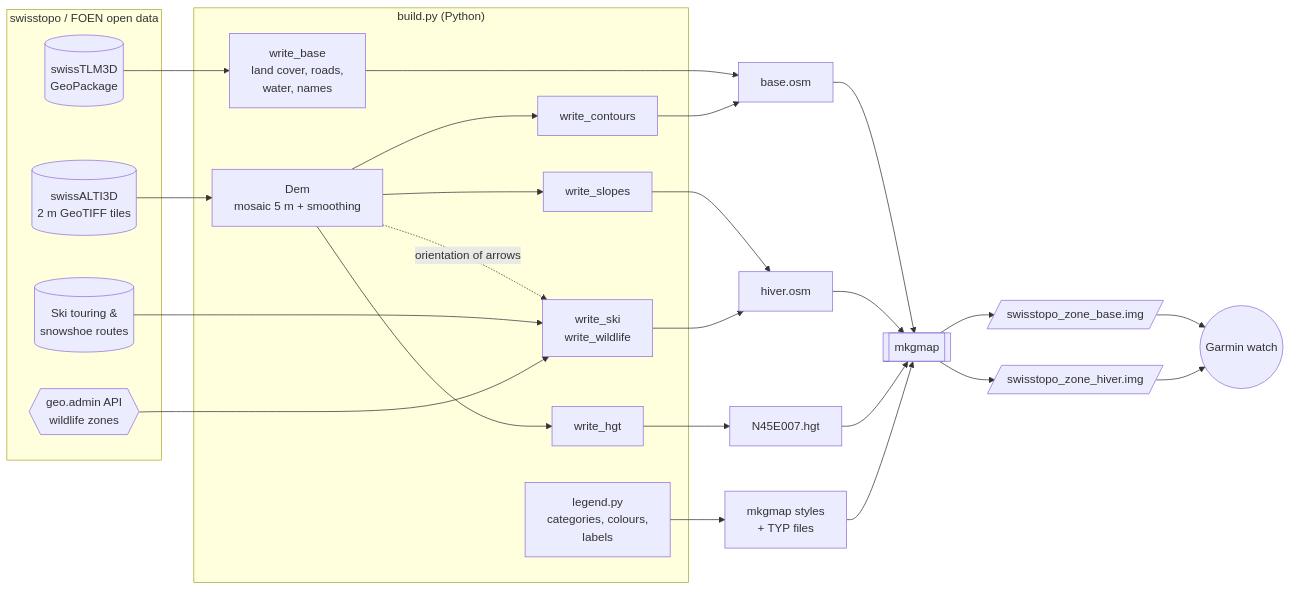
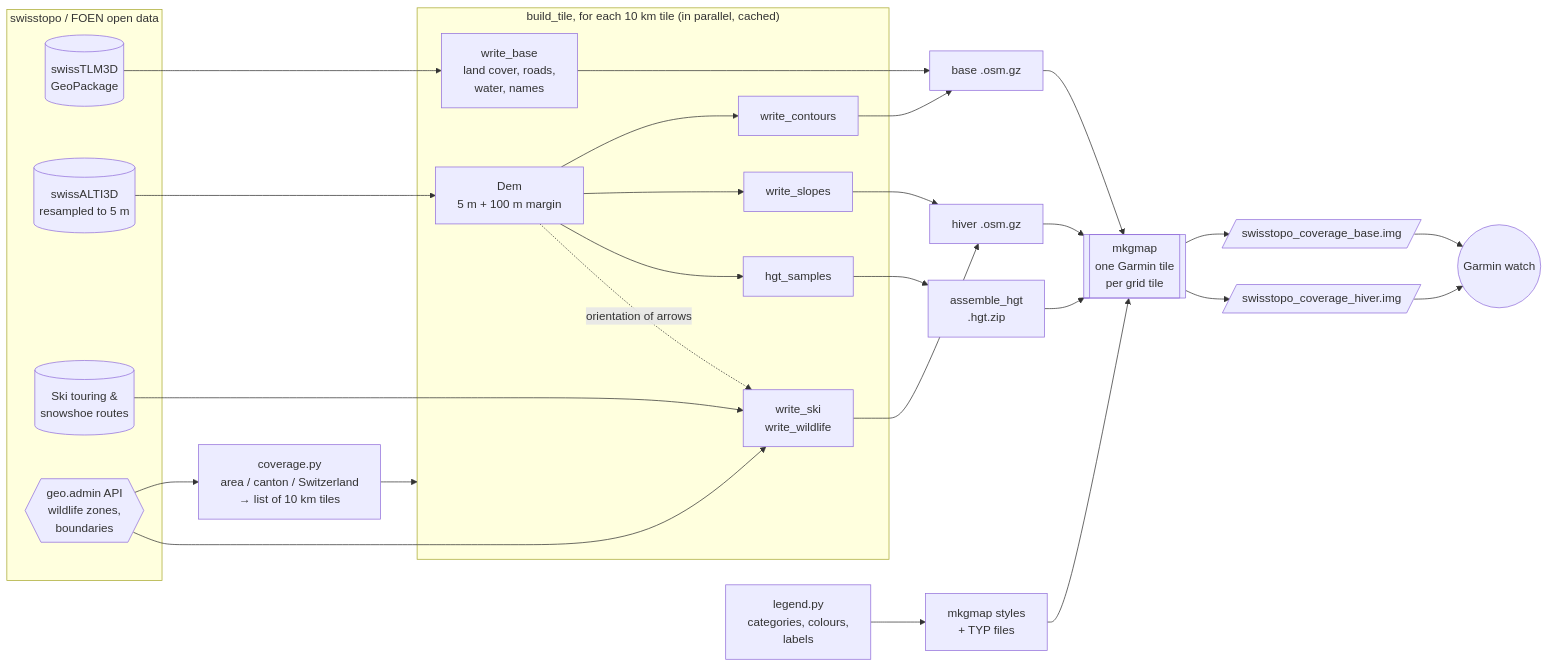
The diagram in README.md (dustag/garmin-swisstopo), drawn with Mermaid before and after one commit. The commit also changed other lines of this file and 8 other files, not shown here.

First line of the commit message:
Tile grid, coverages and opaque Swiss background

````diff
--- a/README.md
+++ b/README.md
@@ -25,35 +27,38 @@
 ```mermaid
 flowchart LR
     subgraph Sources["swisstopo / FOEN open data"]
         TLM[(swissTLM3D<br/>GeoPackage)]
-        ALTI[(swissALTI3D<br/>2 m GeoTIFF tiles)]
+        ALTI[(swissALTI3D<br/>resampled to 5 m)]
         SKI[(Ski touring &<br/>snowshoe routes)]
-        API{{geo.admin API<br/>wildlife zones}}
+        API{{geo.admin API<br/>wildlife zones,<br/>boundaries}}
     end
 
-    subgraph Python["build.py (Python)"]
-        DEM[Dem<br/>mosaic 5 m + smoothing]
+    COV[coverage.py<br/>area / canton / Switzerland<br/>→ list of 10 km tiles]
+    API --> COV
+
+    subgraph Tile["build_tile, for each 10 km tile (in parallel, cached)"]
+        DEM[Dem<br/>5 m + 100 m margin]
         BASE[write_base<br/>land cover, roads,<br/>water, names]
         CONT[write_contours]
         SLOPE[write_slopes]
         WINTER[write_ski<br/>write_wildlife]
-        HGT[write_hgt]
-        LEG[legend.py<br/>categories, colours,<br/>labels]
+        SAMP[hgt_samples]
     end
 
+    COV --> Tile
     TLM --> BASE
-    ALTI --> DEM --> CONT & SLOPE & HGT
+    ALTI --> DEM --> CONT & SLOPE & SAMP
     DEM -. orientation of arrows .-> WINTER
     SKI --> WINTER
     API --> WINTER
 
-    BASE & CONT --> OSMB[base.osm]
-    SLOPE & WINTER --> OSMW[hiver.osm]
-    HGT --> H[N45E007.hgt]
-    LEG --> STY[mkgmap styles<br/>+ TYP files]
+    BASE & CONT --> OSMB[base .osm.gz]
+    SLOPE & WINTER --> OSMW[hiver .osm.gz]
+    SAMP --> HGT[assemble_hgt<br/>.hgt.zip]
+    LEG[legend.py<br/>categories, colours,<br/>labels] --> STY[mkgmap styles<br/>+ TYP files]
 
-    OSMB & OSMW & H & STY --> MK[[mkgmap]]
-    MK --> IMG1[/swisstopo_zone_base.img/]
-    MK --> IMG2[/swisstopo_zone_hiver.img/]
+    OSMB & OSMW & HGT & STY --> MK[[mkgmap<br/>one Garmin tile<br/>per grid tile]]
+    MK --> IMG1[/swisstopo_coverage_base.img/]
+    MK --> IMG2[/swisstopo_coverage_hiver.img/]
     IMG1 & IMG2 --> W((Garmin watch))
 ```
````
